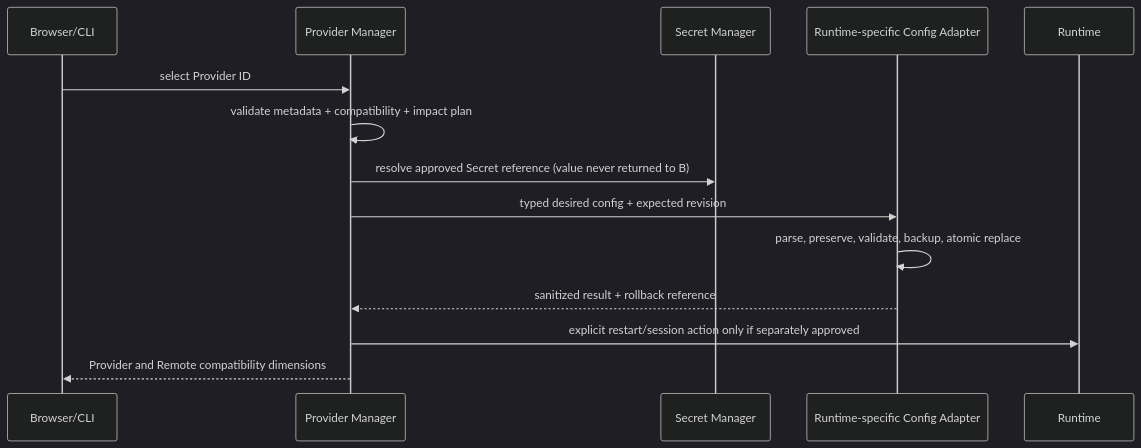
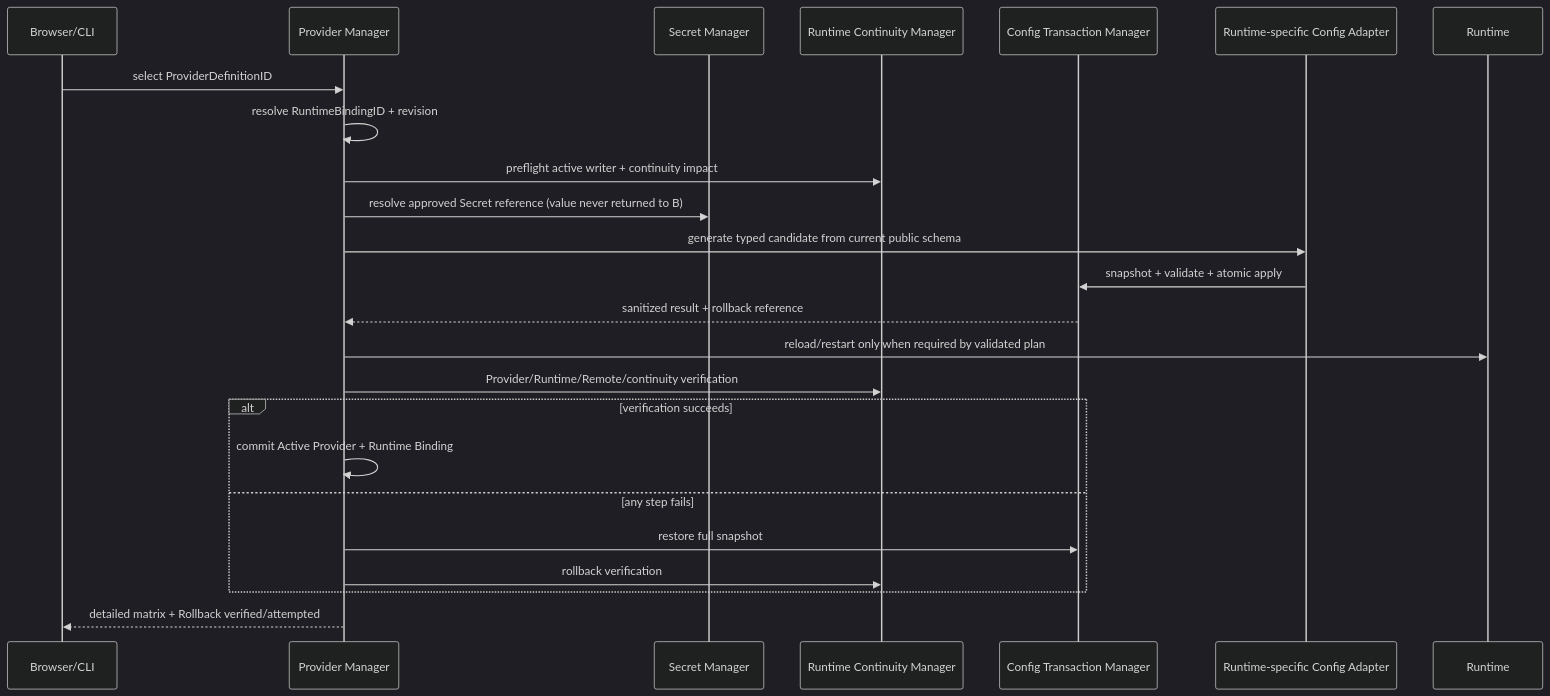
Before and after one commit to ForceMind/agentbox: the fourth of 6 diagrams in docs/ARCHITECTURE.md, drawn with Mermaid (dark theme). The commit also changed other lines of this file and 11 other files, not shown here.

Commit message:
docs: strengthen provider continuity planning

````diff
--- a/docs/ARCHITECTURE.md
+++ b/docs/ARCHITECTURE.md
@@ -335,16 +351,26 @@
 ```mermaid
 sequenceDiagram
     participant B as Browser/CLI
     participant A as Provider Manager
     participant S as Secret Manager
+    participant M as Runtime Continuity Manager
+    participant T as Config Transaction Manager
     participant C as Runtime-specific Config Adapter
     participant R as Runtime
-    B->>A: select Provider ID
-    A->>A: validate metadata + compatibility + impact plan
+    B->>A: select ProviderDefinitionID
+    A->>A: resolve RuntimeBindingID + revision
+    A->>M: preflight active writer + continuity impact
     A->>S: resolve approved Secret reference (value never returned to B)
-    A->>C: typed desired config + expected revision
-    C->>C: parse, preserve, validate, backup, atomic replace
-    C-->>A: sanitized result + rollback reference
-    A->>R: explicit restart/session action only if separately approved
-    A-->>B: Provider and Remote compatibility dimensions
+    A->>C: generate typed candidate from current public schema
+    C->>T: snapshot + validate + atomic apply
+    T-->>A: sanitized result + rollback reference
+    A->>R: reload/restart only when required by validated plan
+    A->>M: Provider/Runtime/Remote/continuity verification
+    alt verification succeeds
+        A->>A: commit Active Provider + Runtime Binding
+    else any step fails
+        A->>T: restore full snapshot
+        A->>M: rollback verification
+    end
+    A-->>B: detailed matrix + Rollback verified/attempted
 ```
````
